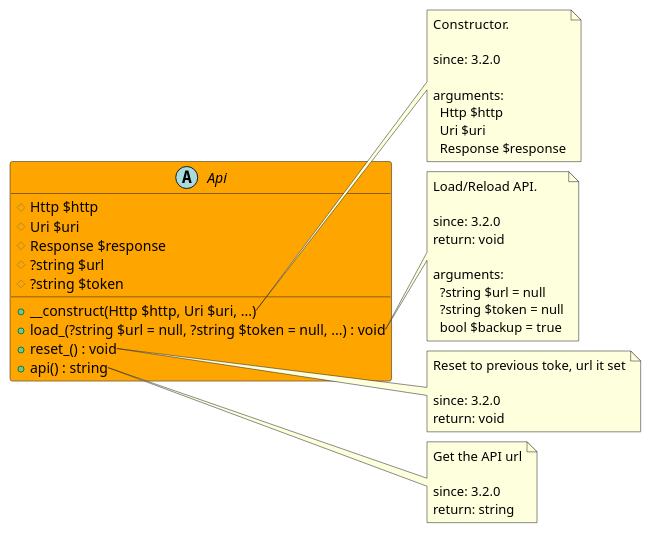
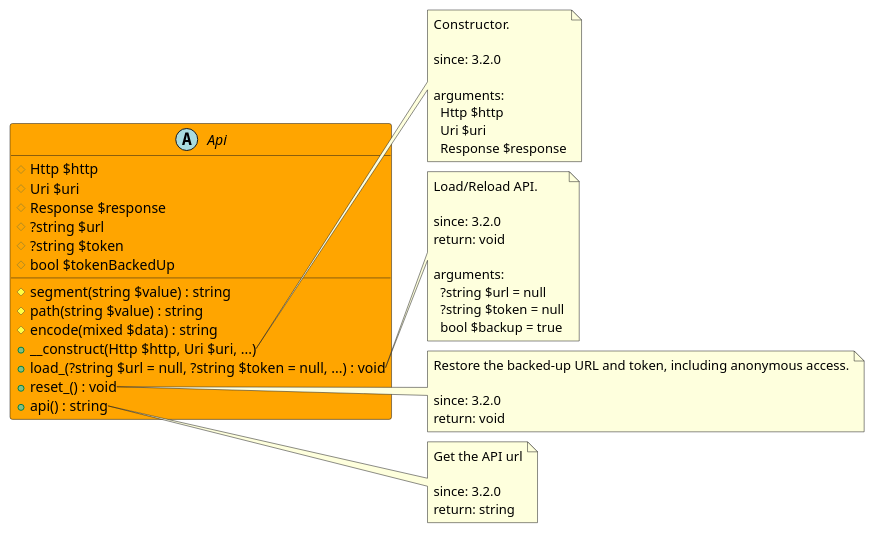
The diagram in src/3d7af7a2-dabe-4111-b5fd-c5bfa8755469/README.md (joomengine/gitea), drawn with PlantUML before and after one commit. The commit also changed other lines of this file and 370 other files, not shown here.

````diff
--- a/src/3d7af7a2-dabe-4111-b5fd-c5bfa8755469/README.md
+++ b/src/3d7af7a2-dabe-4111-b5fd-c5bfa8755469/README.md
@@ -5,54 +5,58 @@
 ```uml
 @startuml
 
 abstract Api  #Orange {
   # Http $http
   # Uri $uri
   # Response $response
   # ?string $url
   # ?string $token
+  # bool $tokenBackedUp
+  # segment(string $value) : string
+  # path(string $value) : string
+  # encode(mixed $data) : string
   + __construct(Http $http, Uri $uri, ...)
   + load_(?string $url = null, ?string $token = null, ...) : void
   + reset_() : void
   + api() : string
 }
 
 note right of Api::__construct
   Constructor.
 
   since: 3.2.0
   
   arguments:
     Http $http
     Uri $uri
     Response $response
 end note
 
 note right of Api::load_
   Load/Reload API.
 
   since: 3.2.0
   return: void
   
   arguments:
     ?string $url = null
     ?string $token = null
     bool $backup = true
 end note
 
 note right of Api::reset_
-  Reset to previous toke, url it set
+  Restore the backed-up URL and token, including anonymous access.
 
   since: 3.2.0
   return: void
 end note
 
 note right of Api::api
   Get the API url
 
   since: 3.2.0
   return: string
 end note
 
 @enduml
 ```
````
